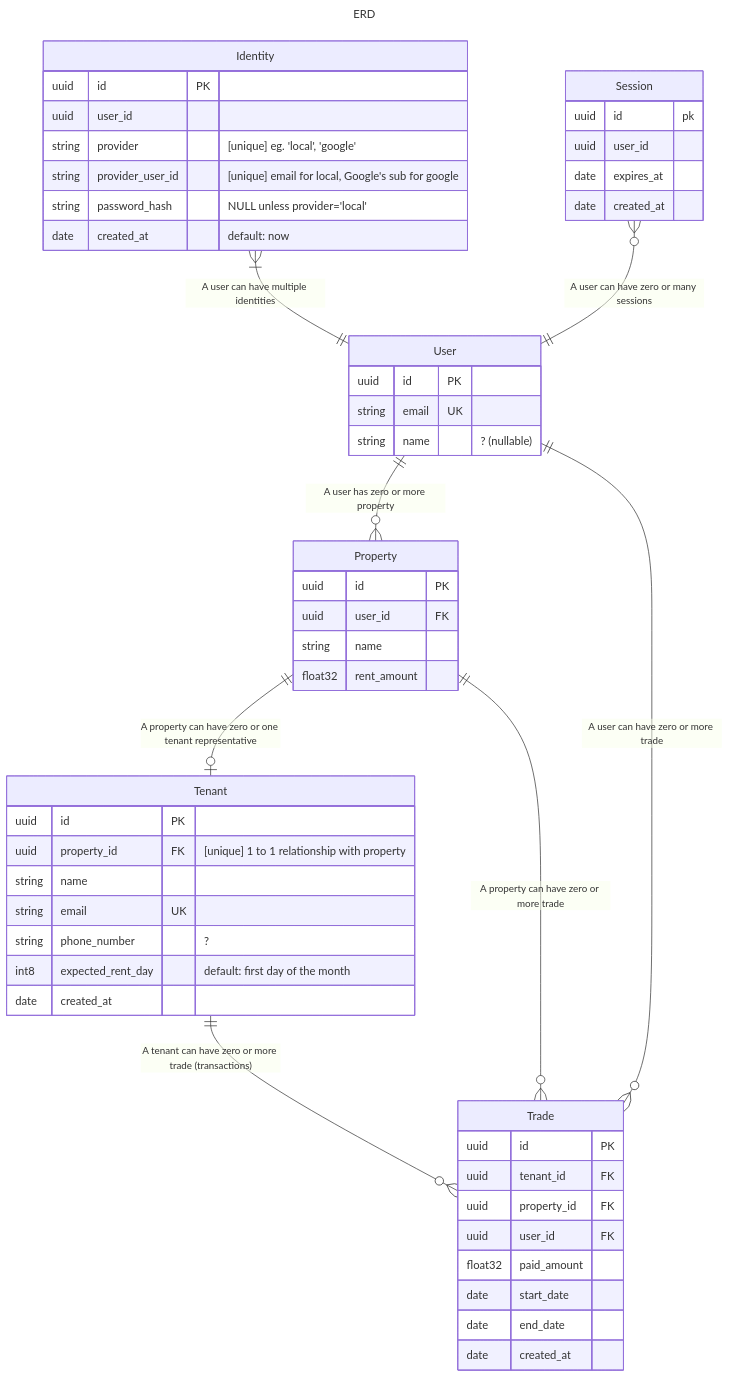
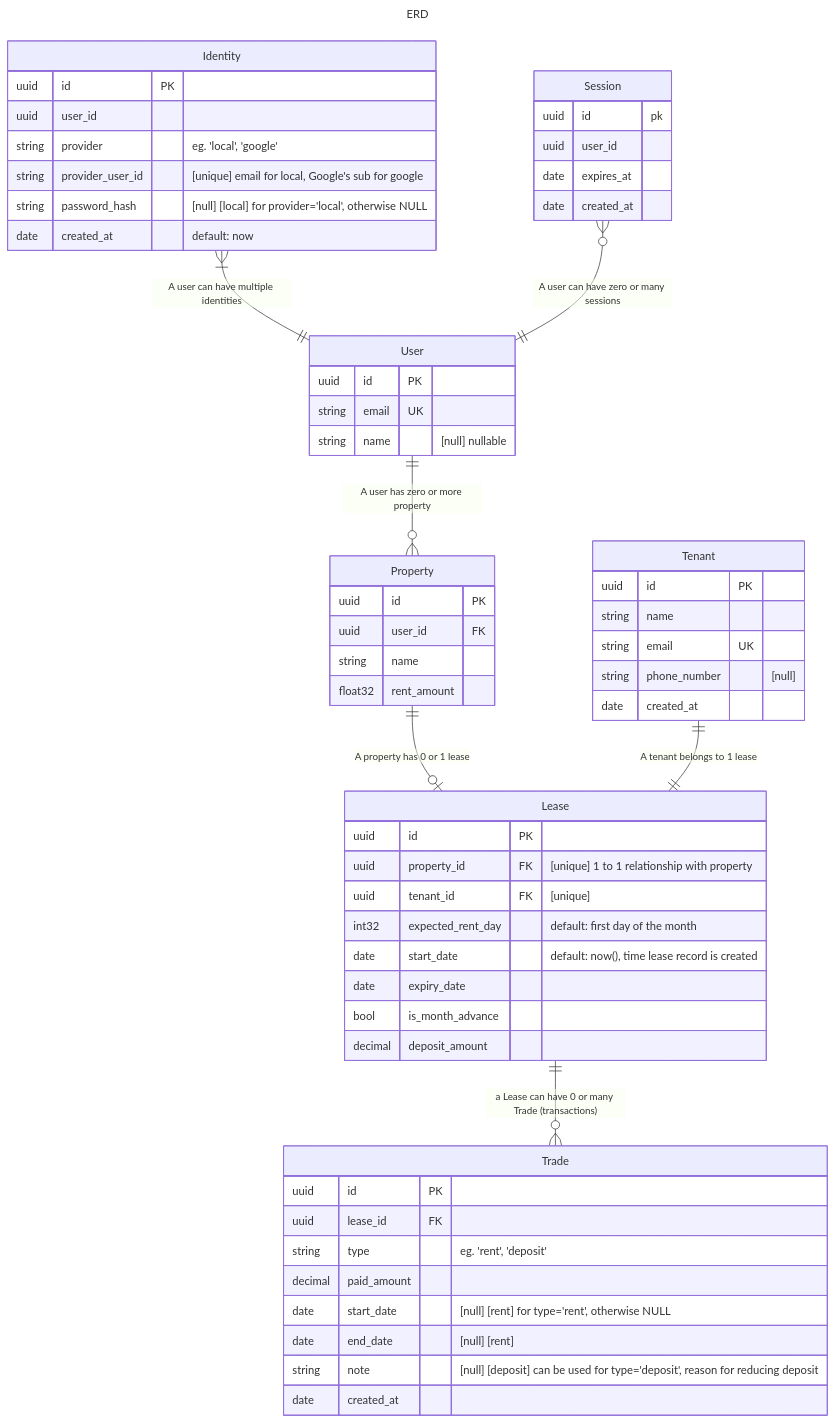
The diagram in specs/erd.md (Se7enSe7enSe7en/tenant-manager), drawn with Mermaid before and after one commit. The commit also changed 54 other files, not shown here.

````diff
--- a/specs/erd.md
+++ b/specs/erd.md
@@ -3,63 +3,71 @@
 ```Mermaid
 ---
 title: ERD
 ---
 erDiagram
     User {
         uuid id PK
         string email UK
-        string name "? (nullable)"
+        string name "[null] nullable"
     }
 
     Identity {
         uuid id PK
         uuid user_id
-        string provider "[unique] eg. 'local', 'google'"
+        string provider "eg. 'local', 'google'"
         string provider_user_id "[unique] email for local, Google's sub for google"
-        string password_hash "NULL unless provider='local'"
+        string password_hash "[null] [local] for provider='local', otherwise NULL"
         date created_at "default: now"
     }
     Identity }|--|| User : "A user can have multiple identities"
 
     Session {
         uuid id pk
         uuid user_id
         date expires_at
         date created_at
     }
     Session }o--|| User : "A user can have zero or many sessions"
 
     Property {
         uuid id PK
         uuid user_id FK
         string name
         float32 rent_amount
     }
     User ||--o{ Property : "A user has zero or more property"
 
     Tenant {
         uuid id PK
-        uuid property_id FK "[unique] 1 to 1 relationship with property"
         string name
         string email UK
-        string phone_number "?"
-        int8 expected_rent_day "default: first day of the month"
+        string phone_number "[null]"
         date created_at
     }
-    Property ||--o| Tenant : "A property can have zero or one tenant representative"
+
+    Lease {
+        uuid id PK
+        uuid property_id FK "[unique] 1 to 1 relationship with property"
+        uuid tenant_id FK "[unique]"
+        int32 expected_rent_day "default: first day of the month"
+        date start_date "default: now(), time lease record is created"
+        date expiry_date
+        bool is_month_advance
+        decimal deposit_amount
+    }
+    Property ||--o| Lease : "A property has 0 or 1 lease"
+    Tenant ||--|| Lease : "A tenant belongs to 1 lease"
 
     Trade {
         uuid id PK
-        uuid tenant_id FK
-        uuid property_id FK
-        uuid user_id FK
-        float32 paid_amount
-        date start_date
-        date end_date
+        uuid lease_id FK
+        string type "eg. 'rent', 'deposit'"
+        decimal paid_amount
+        date start_date "[null] [rent] for type='rent', otherwise NULL"
+        date end_date "[null] [rent]"
+        string note "[null] [deposit] can be used for type='deposit', reason for reducing deposit"
         date created_at
     }
-    Tenant ||--o{ Trade : "A tenant can have zero or more trade (transactions)"
-    User ||--o{ Trade : "A user can have zero or more trade"
-    Property ||--o{ Trade : "A property can have zero or more trade"
+    Lease ||--o{ Trade : "a Lease can have 0 or many Trade (transactions)"
 
 ```
````
